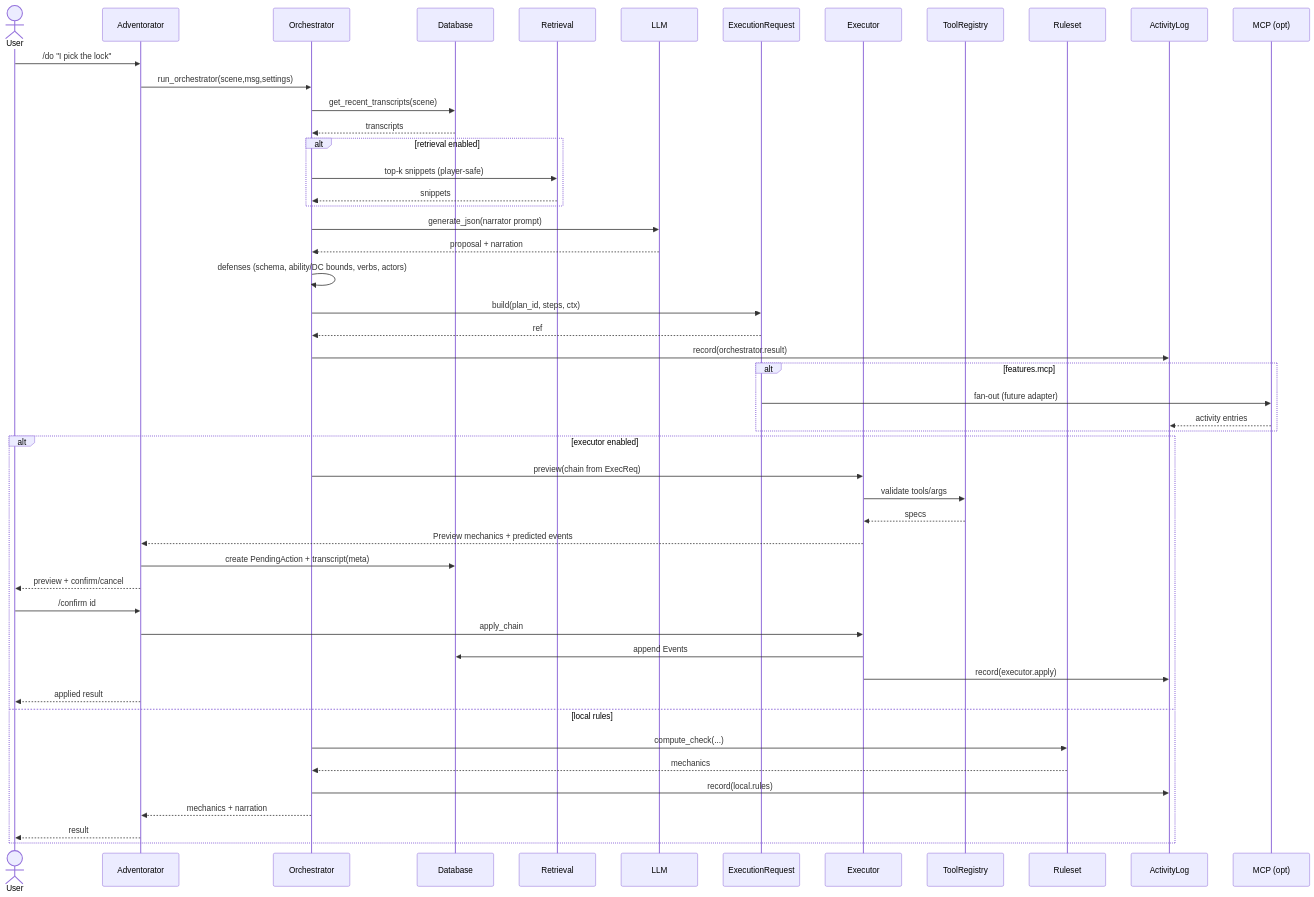
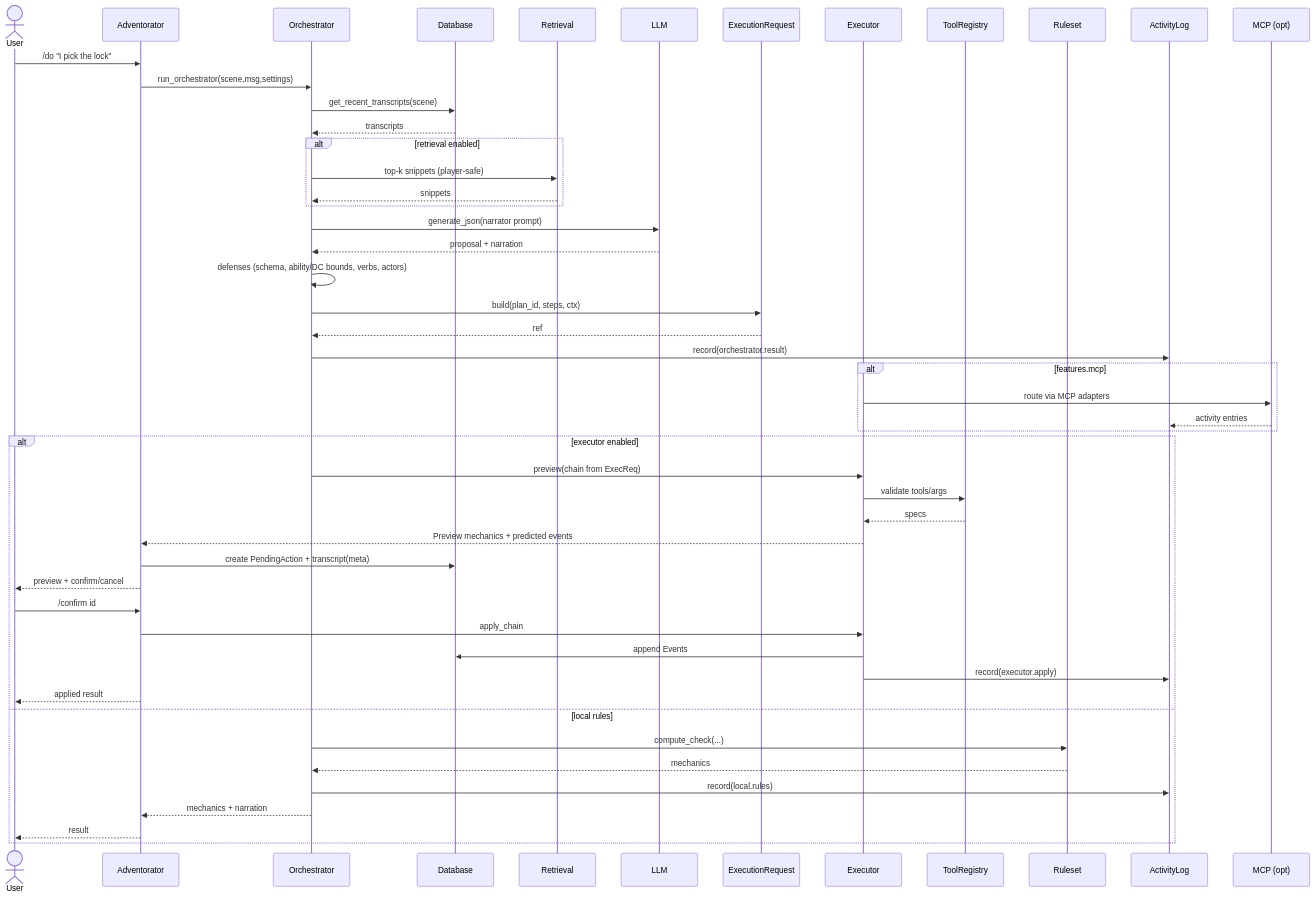
The third of 3 diagrams in README.md (crashtestbrandt/Adventorator), drawn with Mermaid before and after one commit. The commit also changed other lines of this file and 37 other files, not shown here.

````diff
--- a/README.md
+++ b/README.md
@@ -297,53 +287,53 @@
 ```mermaid
 sequenceDiagram
   actor User
   participant App as Adventorator
   participant Orc as Orchestrator
   participant DB as Database
   participant Retrieval as Retrieval
   participant LLM as LLM
   participant ExecReq as ExecutionRequest
   participant Exec as Executor
   participant Registry as ToolRegistry
   participant Rules as Ruleset
   participant ALog as ActivityLog
   participant MCP as MCP (opt)
 
   User->>App: /do "I pick the lock"
   App->>Orc: run_orchestrator(scene,msg,settings)
   Orc->>DB: get_recent_transcripts(scene)
   DB-->>Orc: transcripts
   alt retrieval enabled
     Orc->>Retrieval: top-k snippets (player-safe)
     Retrieval-->>Orc: snippets
   end
   Orc->>LLM: generate_json(narrator prompt)
   LLM-->>Orc: proposal + narration
   Orc->>Orc: defenses (schema, ability/DC bounds, verbs, actors)
   Orc->>ExecReq: build(plan_id, steps, ctx)
   ExecReq-->>Orc: ref
   Orc->>ALog: record(orchestrator.result)
   alt features.mcp
-    ExecReq->>MCP: fan-out (future adapter)
+    Exec->>MCP: route via MCP adapters
     MCP-->>ALog: activity entries
   end
   alt executor enabled
     Orc->>Exec: preview(chain from ExecReq)
     Exec->>Registry: validate tools/args
     Registry-->>Exec: specs
     Exec-->>App: Preview mechanics + predicted events
     App->>DB: create PendingAction + transcript(meta)
     App-->>User: preview + confirm/cancel
     User->>App: /confirm id
     App->>Exec: apply_chain
     Exec->>DB: append Events
     Exec->>ALog: record(executor.apply)
     App-->>User: applied result
   else local rules
     Orc->>Rules: compute_check(...)
     Rules-->>Orc: mechanics
     Orc->>ALog: record(local.rules)
     Orc-->>App: mechanics + narration
     App-->>User: result
   end
 ```
````
